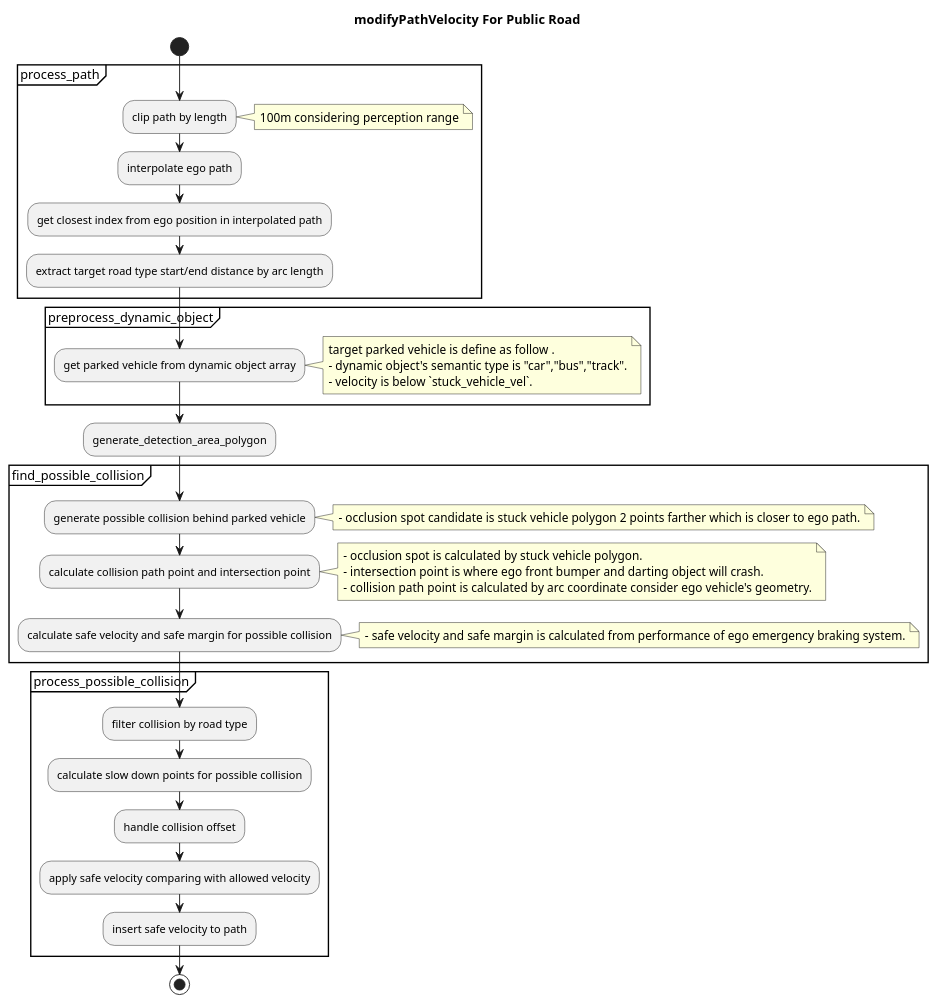
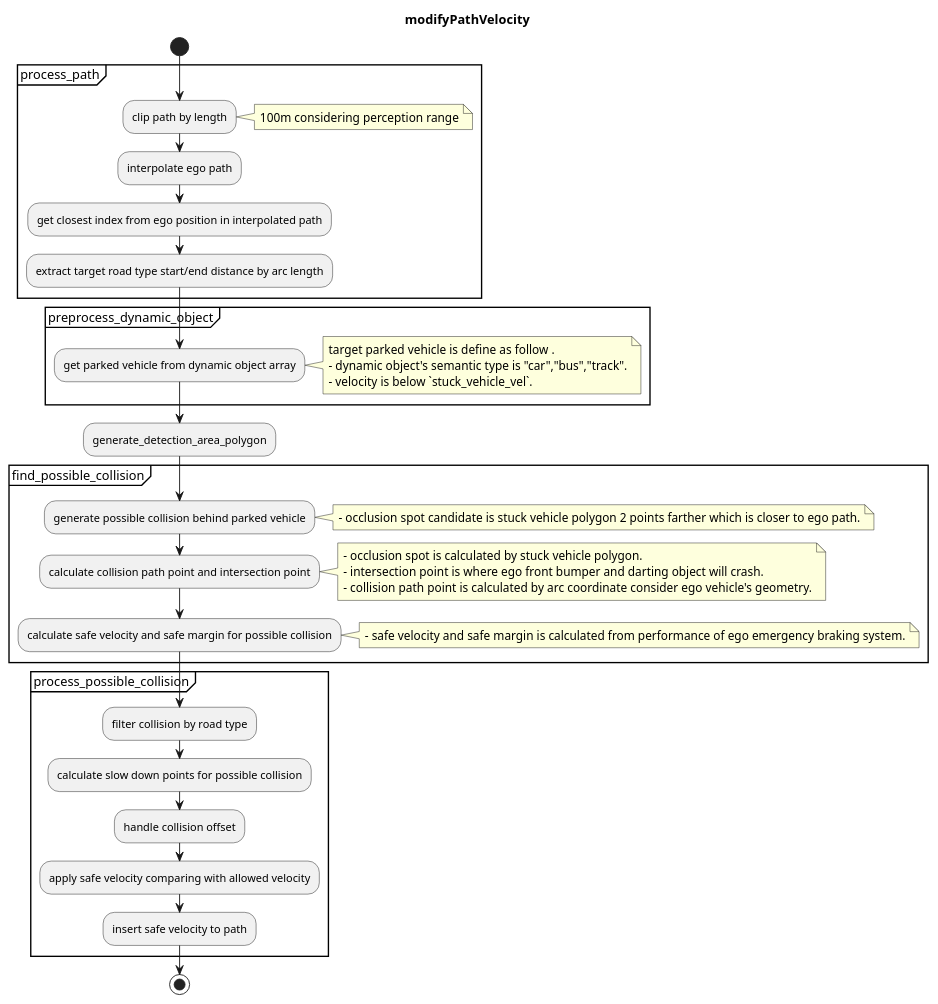
The second of 3 diagrams in planning/behavior_velocity_planner/occlusion-spot-design.md (autowarefoundation/autoware), drawn with PlantUML before and after one commit. The commit also changed other lines of this file and 12 other files, not shown here.

````diff
--- a/planning/behavior_velocity_planner/occlusion-spot-design.md
+++ b/planning/behavior_velocity_planner/occlusion-spot-design.md
@@ -202,49 +203,49 @@
 ```plantuml
 @startuml
-title modifyPathVelocity For Public Road
+title modifyPathVelocity
 start
 
 partition process_path {
 :clip path by length;
 note right
   100m considering perception range
 end note
 :interpolate ego path;
 :get closest index from ego position in interpolated path;
 :extract target road type start/end distance by arc length;
 }
 partition preprocess_dynamic_object {
 :get parked vehicle from dynamic object array;
 note right
   target parked vehicle is define as follow .
   - dynamic object's semantic type is "car","bus","track".
   - velocity is below `stuck_vehicle_vel`.
 end note
 }
 :generate_detection_area_polygon;
 partition find_possible_collision {
 :generate possible collision behind parked vehicle;
 note right
   - occlusion spot candidate is stuck vehicle polygon 2 points farther which is closer to ego path.
 end note
 :calculate collision path point and intersection point;
 note right
   - occlusion spot is calculated by stuck vehicle polygon.
   - intersection point is where ego front bumper and darting object will crash.
   - collision path point is calculated by arc coordinate consider ego vehicle's geometry.
 end note
 :calculate safe velocity and safe margin for possible collision;
 note right
   - safe velocity and safe margin is calculated from performance of ego emergency braking system.
 end note
 }
 partition process_possible_collision {
 :filter collision by road type;
 :calculate slow down points for possible collision;
 :handle collision offset;
 :apply safe velocity comparing with allowed velocity;
 :insert safe velocity to path;
 }
 stop
 @enduml
 ```
````
